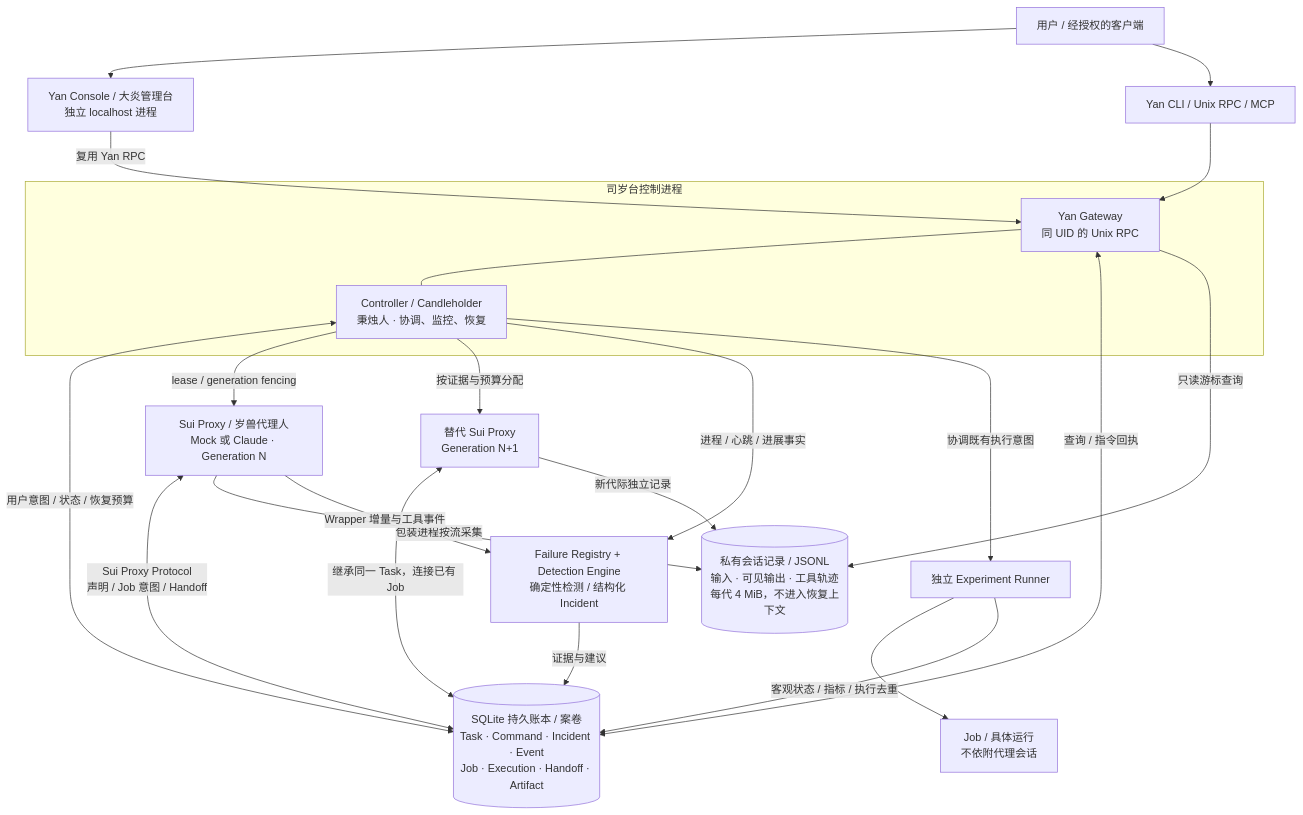
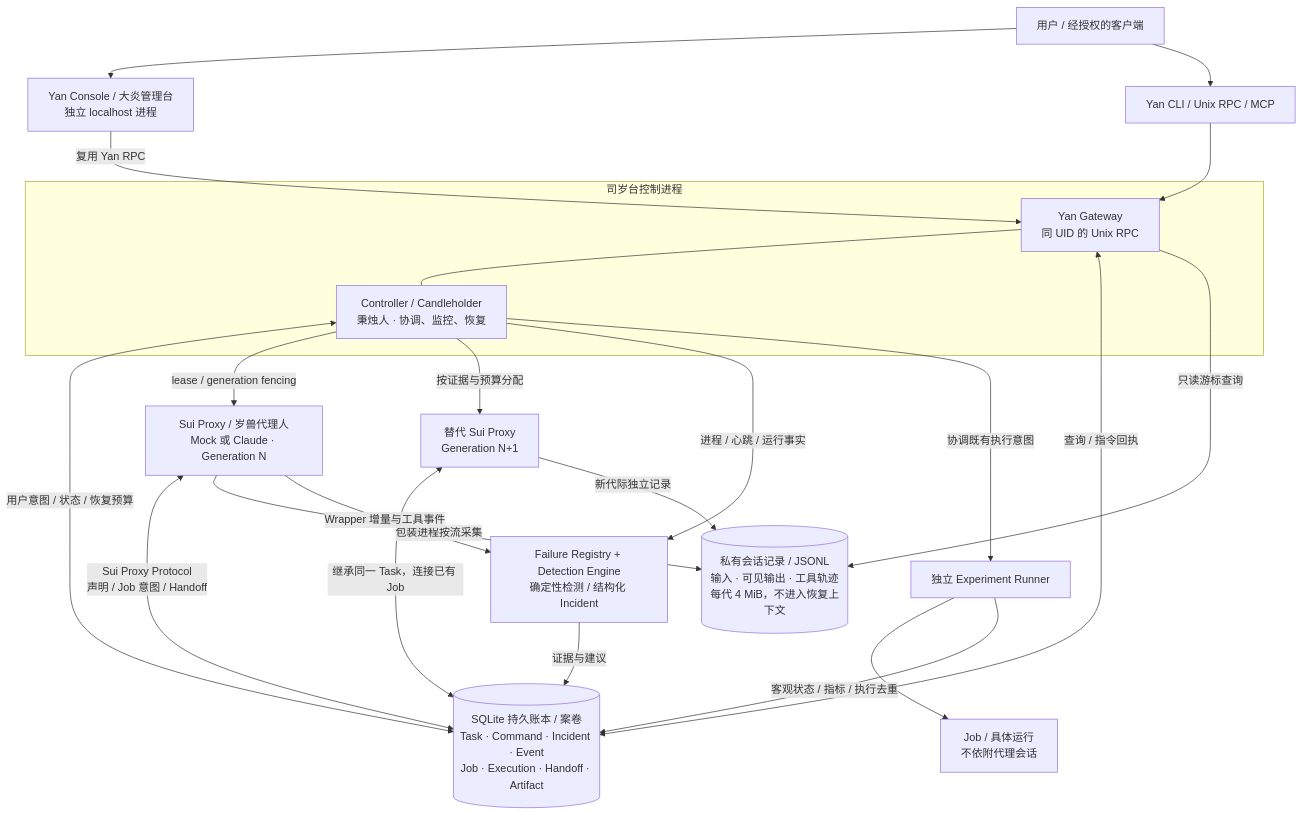
Before and after one commit to RabbitEG/sui_regulator: the first of 3 diagrams in docs/ARCHITECTURE.md, drawn with Mermaid. The commit also changed other lines of this file and 59 other files, not shown here.

````diff
--- a/docs/ARCHITECTURE.md
+++ b/docs/ARCHITECTURE.md
@@ -7,37 +7,37 @@
 ```mermaid
 flowchart TB
     User[用户 / 经授权的客户端]
     Web[Yan Console / 大炎管理台<br/>独立 localhost 进程]
     API[Yan CLI / Unix RPC / MCP]
     User --> Web
     User --> API
     subgraph Control[司岁台控制进程]
         Gateway[Yan Gateway<br/>同 UID 的 Unix RPC]
         C[Controller / Candleholder<br/>秉烛人 · 协调、监控、恢复]
         Gateway --- C
     end
     Web -->|复用 Yan RPC| Gateway
     API --> Gateway
     Ledger[(SQLite 持久账本 / 案卷<br/>Task · Command · Incident · Event<br/>Job · Execution · Handoff · Artifact)]
     Gateway <-->|查询 / 指令回执| Ledger
     C <-->|用户意图 / 状态 / 恢复预算| Ledger
     P[Sui Proxy / 岁兽代理人<br/>Mock 或 Claude · Generation N]
     P2[替代 Sui Proxy<br/>Generation N+1]
     C -->|lease / generation fencing| P
     C -->|按证据与预算分配| P2
     P <-->|Sui Proxy Protocol<br/>声明 / Job 意图 / Handoff| Ledger
     P2 <-->|继承同一 Task，连接已有 Job| Ledger
     Transcript[(私有会话记录 / JSONL<br/>输入 · 可见输出 · 工具轨迹<br/>每代 4 MiB，不进入恢复上下文)]
     P -->|包装进程按流采集| Transcript
     P2 -->|新代际独立记录| Transcript
     Gateway -->|只读游标查询| Transcript
     Detect[Failure Registry + Detection Engine<br/>确定性检测 / 结构化 Incident]
     P -->|Wrapper 增量与工具事件| Detect
-    C -->|进程 / 心跳 / 进展事实| Detect
+    C -->|进程 / 心跳 / 运行事实| Detect
     Detect -->|证据与建议| Ledger
     R[独立 Experiment Runner]
     J[Job / 具体运行<br/>不依附代理会话]
     C -->|协调既有执行意图| R
     R --> J
     R -->|客观状态 / 指标 / 执行去重| Ledger
 ```
````
